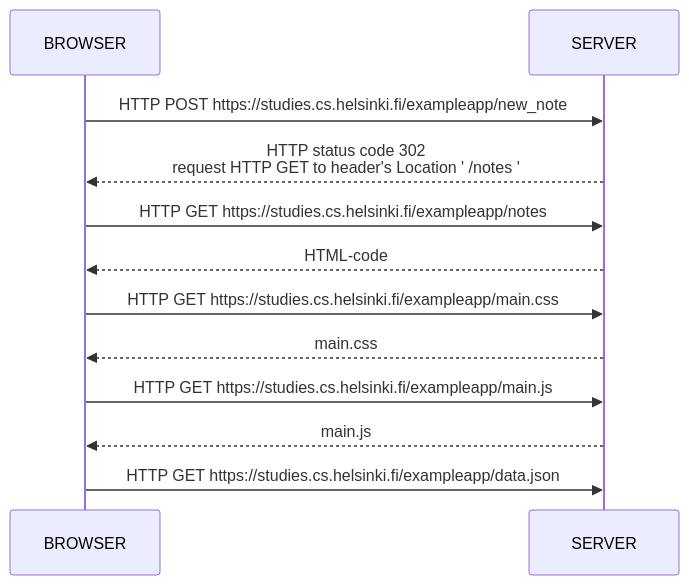
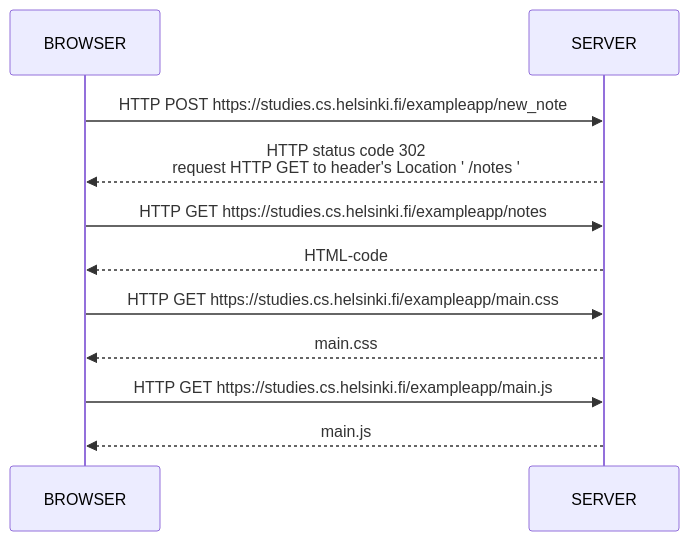
Before and after one commit to OVCZAR/Zawodowy: the diagram in Folder/0.4.md, drawn with Mermaid.

````diff
--- a/Folder/0.4.md
+++ b/Folder/0.4.md
@@ -1,15 +1,13 @@
 ```mermaid
 sequenceDiagram
 
     BROWSER->>SERVER: HTTP POST https://studies.cs.helsinki.fi/exampleapp/new_note
     SERVER-->>BROWSER: HTTP status code 302 <br> request HTTP GET to header's Location ' /notes '
     BROWSER->>SERVER: HTTP GET https://studies.cs.helsinki.fi/exampleapp/notes
     SERVER-->>BROWSER: HTML-code
     BROWSER->>SERVER: HTTP GET https://studies.cs.helsinki.fi/exampleapp/main.css
     SERVER-->>BROWSER: main.css
     BROWSER->>SERVER: HTTP GET https://studies.cs.helsinki.fi/exampleapp/main.js
     SERVER-->>BROWSER: main.js
 
-    BROWSER->>SERVER: HTTP GET https://studies.cs.helsinki.fi/exampleapp/data.json
-
 ```
````
